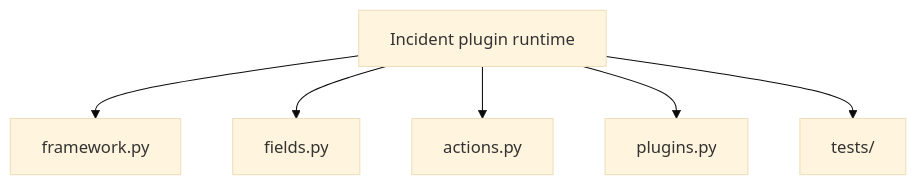
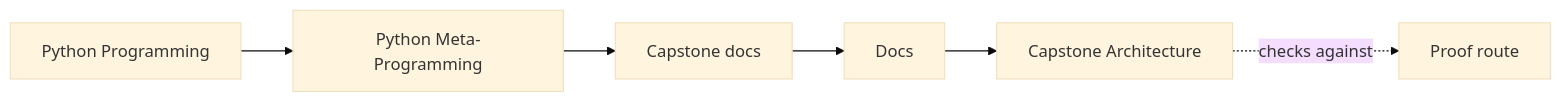
The first of 2 diagrams in programs/python-programming/python-meta-programming/capstone/docs/architecture.md (bijux/bijux-masterclass), drawn with Mermaid (base theme) before and after one commit. The commit also changed other lines of this file and 91 other files, not shown here.

Commit message:
docs(python-meta-programming): map advanced runtime and capstone surfaces

````diff
--- a/programs/python-programming/python-meta-programming/capstone/docs/architecture.md
+++ b/programs/python-programming/python-meta-programming/capstone/docs/architecture.md
@@ -6,15 +6,12 @@
 ```mermaid
-graph TD
-  runtime["Incident plugin runtime"]
-  framework["framework.py"]
-  fields["fields.py"]
-  actions["actions.py"]
-  plugins["plugins.py"]
-  tests["tests/"]
+graph LR
+  family["Python Programming"]
+  program["Python Meta-Programming"]
+  guide["Capstone docs"]
+  section["Docs"]
+  page["Capstone Architecture"]
+  proof["Proof route"]
 
-  runtime --> framework
-  runtime --> fields
-  runtime --> actions
-  runtime --> plugins
-  runtime --> tests
+  family --> program --> guide --> section --> page
+  page -.checks against.-> proof
 ```
````
